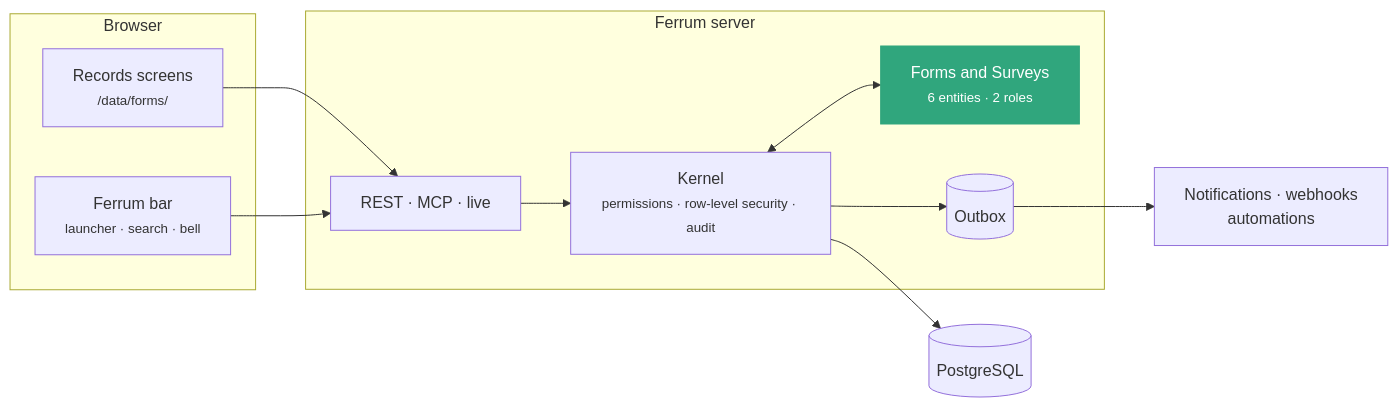
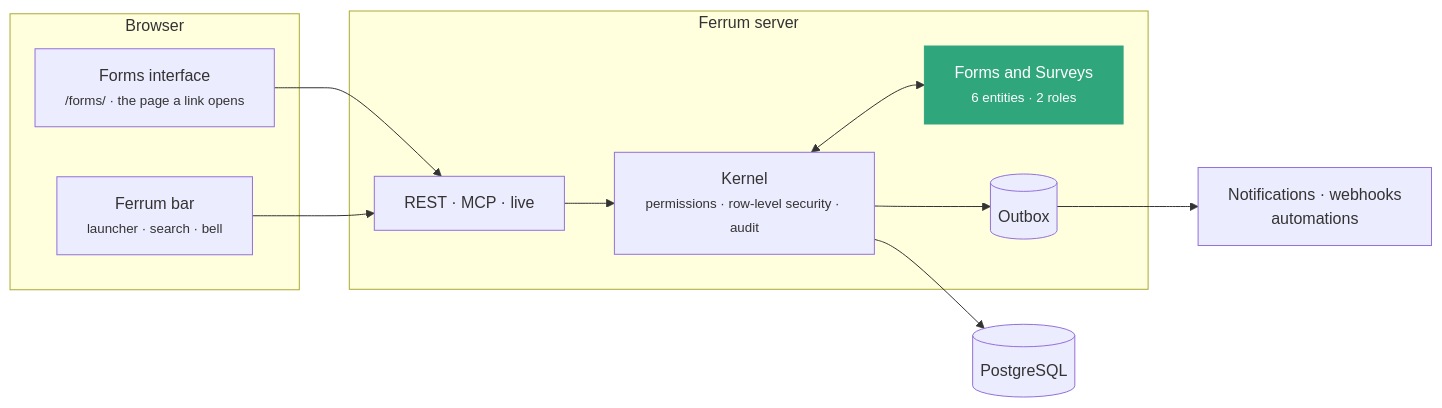
One commit to CBFerrum/ferrum-app-forms changed the second of 3 diagrams in README.md. Above: the diagram before and after it, drawn with Mermaid. The commit also changed other lines of this file and 71 other files, not shown here.

````diff
--- a/README.md
+++ b/README.md
@@ -115,21 +118,21 @@
 ```mermaid
 flowchart LR
     subgraph Browser
-        UI["Records screens<br/><small>/data/forms/</small>"]
+        UI["Forms interface<br/><small>/forms/ · the page a link opens</small>"]
         BAR["Ferrum bar<br/><small>launcher · search · bell</small>"]
     end
     subgraph Server["Ferrum server"]
         API["REST · MCP · live"]
         K["Kernel<br/><small>permissions · row-level security · audit</small>"]
         APP["Forms and Surveys<br/><small>6 entities · 2 roles</small>"]
         OB[("Outbox")]
     end
     DB[("PostgreSQL")]
     UI --> API --> K --> DB
     BAR --> API
     K <--> APP
     K --> OB --> EV["Notifications · webhooks<br/>automations"]
 
     classDef app fill:#30a67d,color:#fff,stroke:#30a67d
     class APP app
 ```
````
